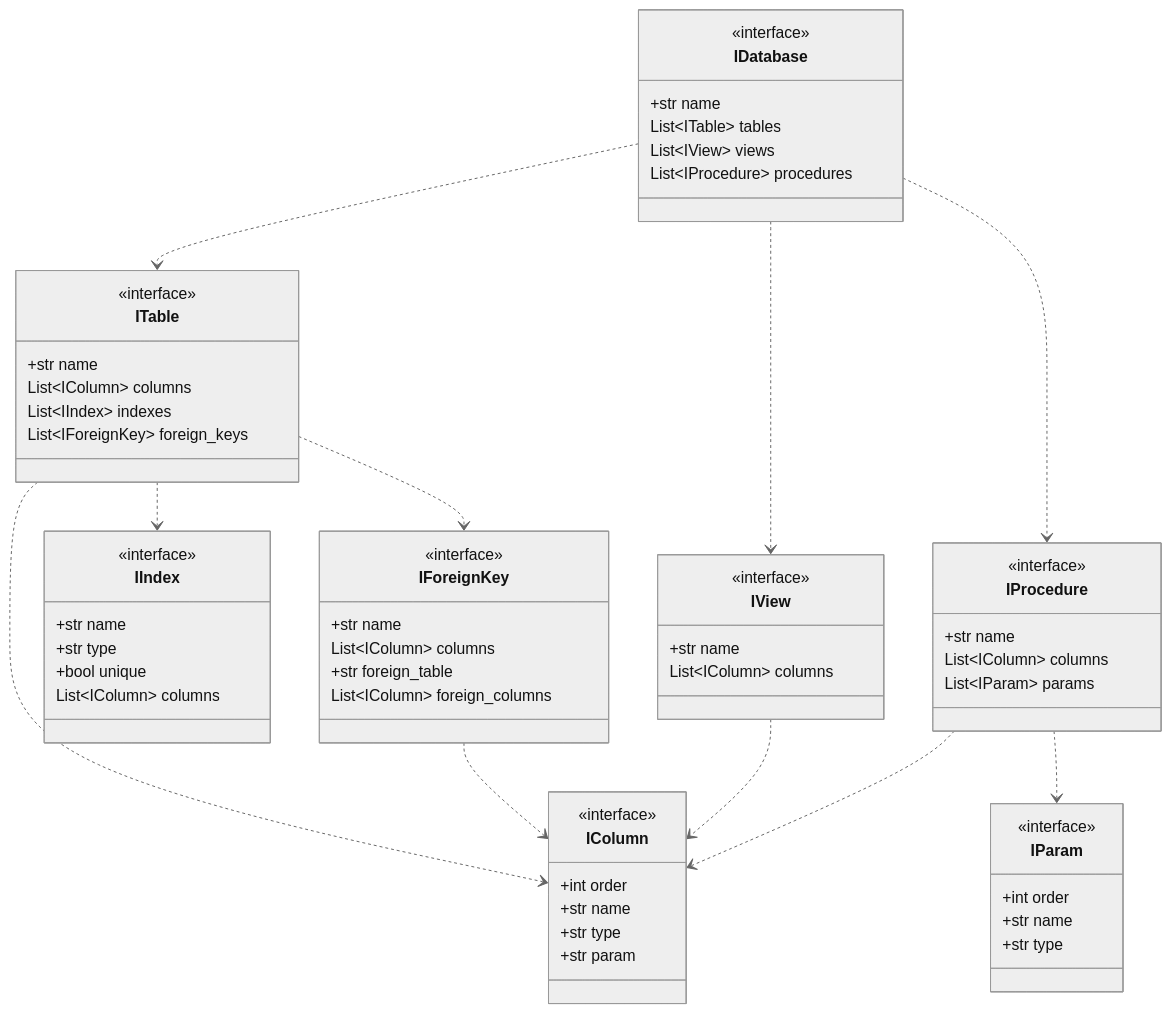
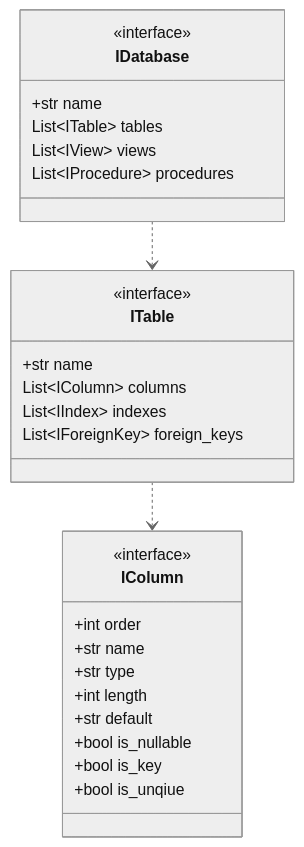
The second of 2 diagrams in README.md (dooley-ch/hi-henry), drawn with Mermaid (neutral theme) before and after one commit. The commit also changed other lines of this file and 10 other files, not shown here.

Commit message:
Added mysql schema extractor

````diff
--- a/README.md
+++ b/README.md
@@ -74,75 +116,34 @@
 ```mermaid
     classDiagram
     
     class ITable{
         <<interface>>
         +str name
         List~IColumn~ columns
         List~IIndex~ indexes
         List~IForeignKey~ foreign_keys 
     }
-    
-    class IView{
-        <<interface>>
-        +str name
-        List~IColumn~ columns
-    }
-
-    class IProcedure{
-        <<interface>>
-        +str name
-        List~IColumn~ columns
-        List~IParam~ params
-    }
-        
+            
     class IDatabase{
         <<interface>>
         +str name
         List~ITable~ tables
         List~IView~ views
         List~IProcedure~ procedures
     }   
     
     class IColumn{
         <<interface>>
         +int order
         +str name
         +str type
-        +str param
+        +int length
+        +str default
+        +bool is_nullable
+        +bool is_key
+        +bool is_unqiue
     }   
-    
-    class IParam{
-        <<interface>>
-        +int order
-        +str name
-        +str type
-    }
-    
-    class IIndex{
-        <<interface>>
-        +str name
-        +str type
-        +bool unique
-        List~IColumn~ columns
-    }
-    
-    class IForeignKey{
-        <<interface>>
-        +str name
-        List~IColumn~ columns
-        +str foreign_table
-        List~IColumn~ foreign_columns
-    }
-    
+            
     IDatabase ..> ITable
-    IDatabase ..> IView
-    IDatabase ..> IProcedure
     ITable ..> IColumn
-    ITable ..> IIndex
-    ITable ..> IForeignKey
-    IView ..> IColumn
-    IProcedure ..> IColumn
-    IProcedure ..> IParam
-    IForeignKey ..> IColumn
-    
 ```
````
